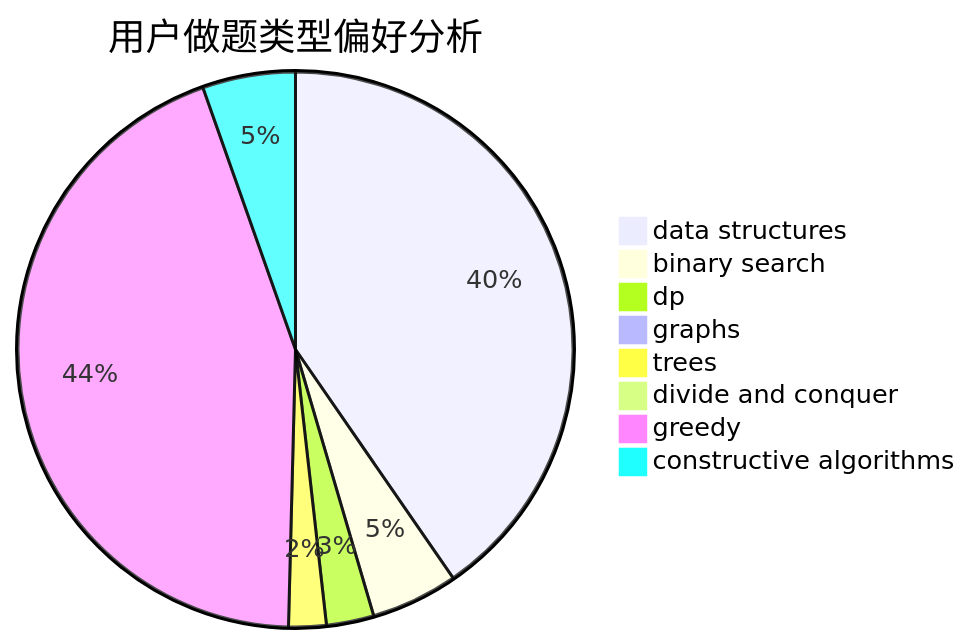
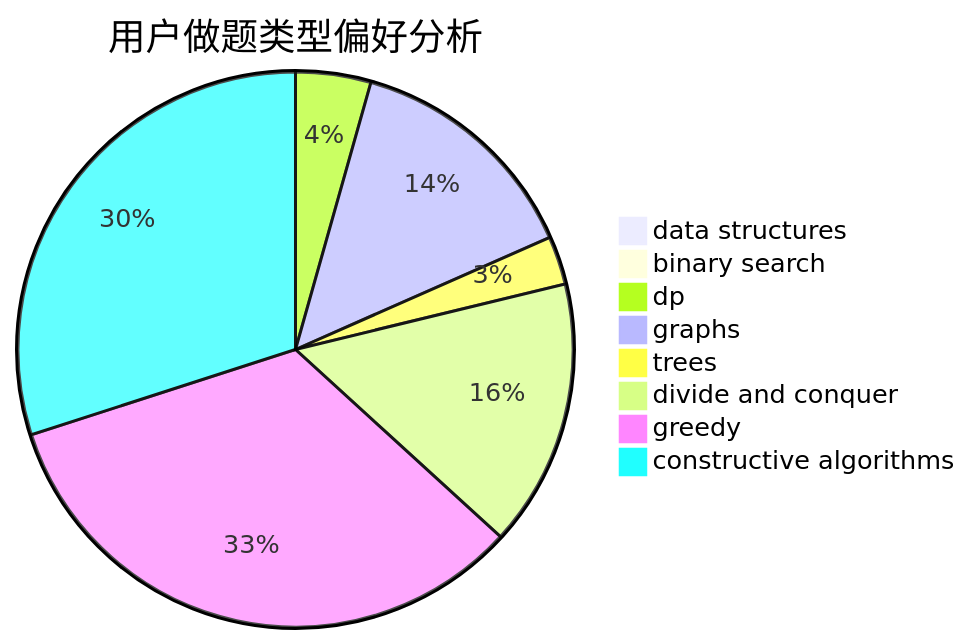
Before and after one commit to sherpahu/cfrs.github.io: the second of 3 diagrams in docs/user/u1182.md, drawn with Mermaid. The commit also changed other lines of this file and 2770 other files, not shown here.

````diff
--- a/docs/user/u1182.md
+++ b/docs/user/u1182.md
@@ -23,11 +23,11 @@
 ```mermaid
 pie title 用户做题类型偏好分析
-    "data structures" :  351
-    "binary search" :  44
-    "dp" :  24
-    "graphs" :  2
-    "trees" :  19
-    "divide and conquer" :  0
-    "greedy" :  384
-    "constructive algorithms" :  47
+    "data structures" :  0
+    "binary search" :  5
+    "dp" :  56
+    "graphs" :  179
+    "trees" :  36
+    "divide and conquer" :  199
+    "greedy" :  425
+    "constructive algorithms" :  383
 ```
````
